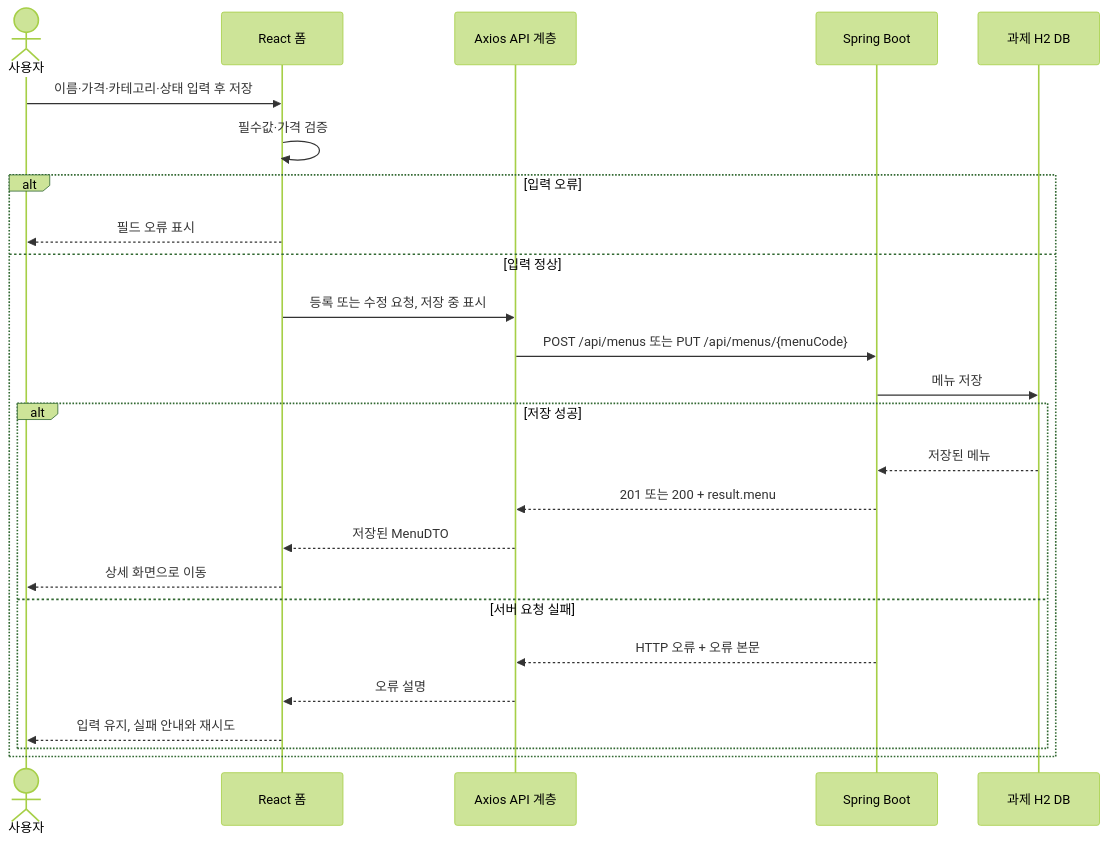
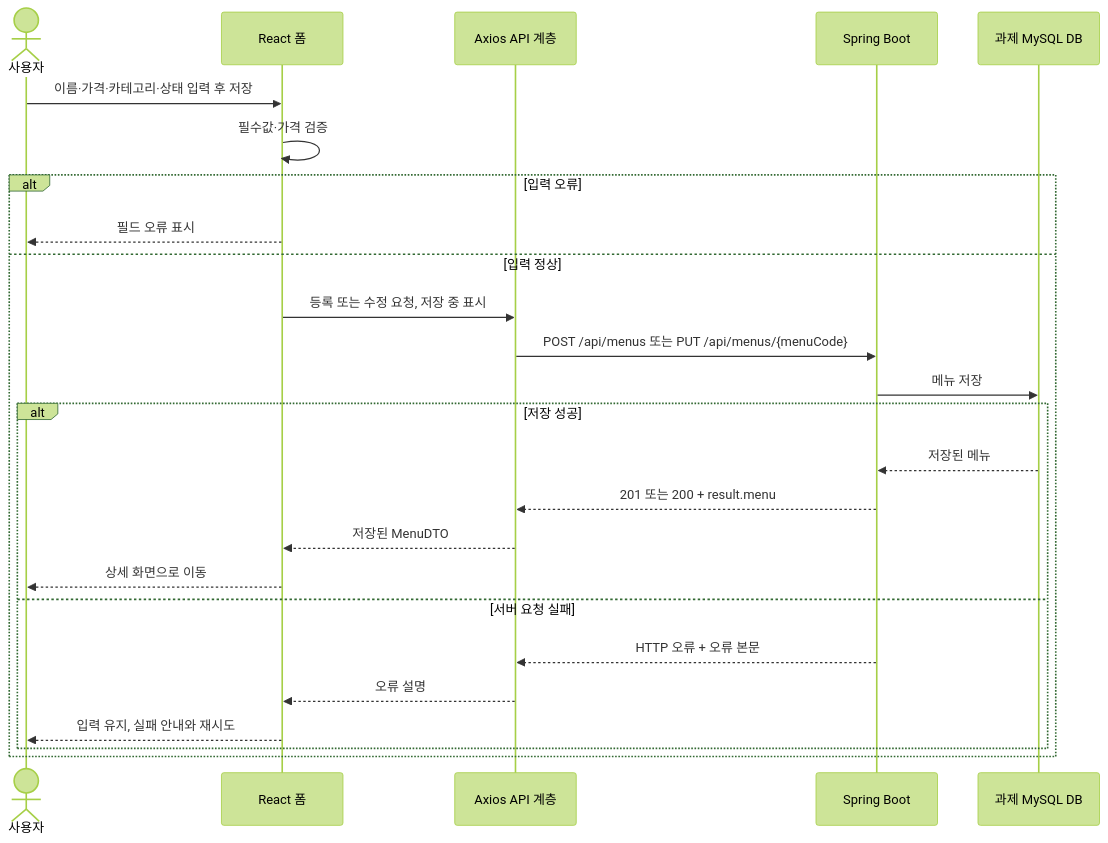
The diagram in docs/api-contract.md (kodonghui/vibe-menu-assignment), drawn with Mermaid (forest theme) before and after one commit. The commit also changed other lines of this file and 11 other files, not shown here.

````diff
--- a/docs/api-contract.md
+++ b/docs/api-contract.md
@@ -10,27 +11,27 @@
 ```mermaid
 sequenceDiagram
     actor User as 사용자
     participant UI as React 폼
     participant API as Axios API 계층
     participant Server as Spring Boot
-    participant DB as 과제 H2 DB
+    participant DB as 과제 MySQL DB
     User->>UI: 이름·가격·카테고리·상태 입력 후 저장
     UI->>UI: 필수값·가격 검증
     alt 입력 오류
         UI-->>User: 필드 오류 표시
     else 입력 정상
         UI->>API: 등록 또는 수정 요청, 저장 중 표시
         API->>Server: POST /api/menus 또는 PUT /api/menus/{menuCode}
         Server->>DB: 메뉴 저장
         alt 저장 성공
             DB-->>Server: 저장된 메뉴
             Server-->>API: 201 또는 200 + result.menu
             API-->>UI: 저장된 MenuDTO
             UI-->>User: 상세 화면으로 이동
         else 서버 요청 실패
             Server-->>API: HTTP 오류 + 오류 본문
             API-->>UI: 오류 설명
             UI-->>User: 입력 유지, 실패 안내와 재시도
         end
     end
 ```
````
